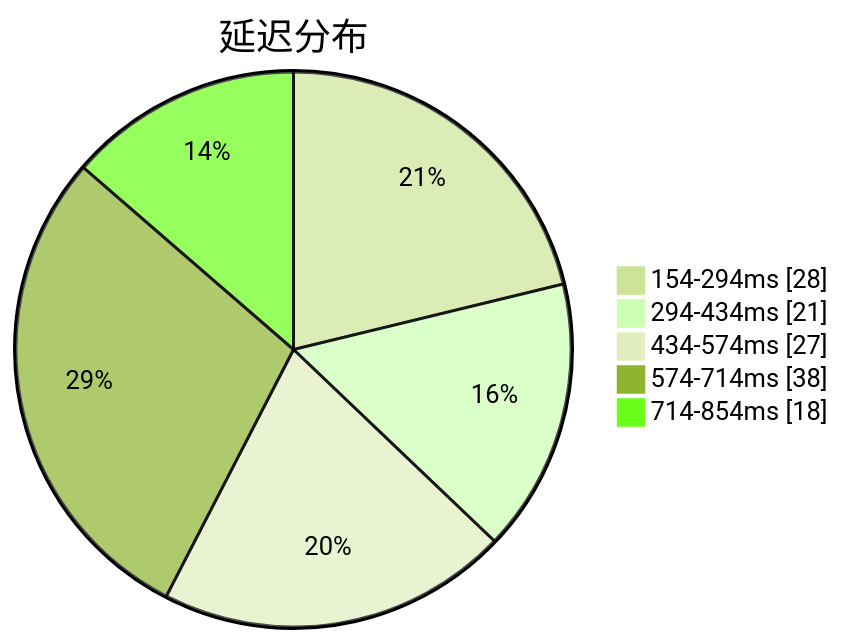
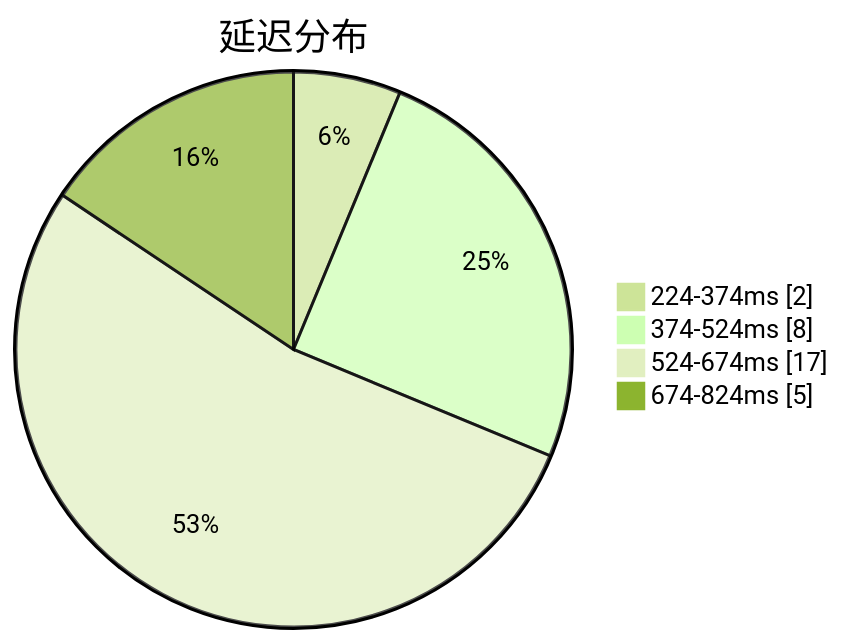
Before and after one commit to qjlxg/airport: the first of 3 diagrams in subs/statistics/tested_within.md, drawn with Mermaid (forest theme). The commit also changed other lines of this file and 2 other files, not shown here.

````diff
--- a/subs/statistics/tested_within.md
+++ b/subs/statistics/tested_within.md
@@ -2,9 +2,8 @@
 ```mermaid
 pie showData
 title 延迟分布
-"154-294ms" : 28
-"294-434ms" : 21
-"434-574ms" : 27
-"574-714ms" : 38
-"714-854ms" : 18
+"224-374ms" : 2
+"374-524ms" : 8
+"524-674ms" : 17
+"674-824ms" : 5
 ```
````
